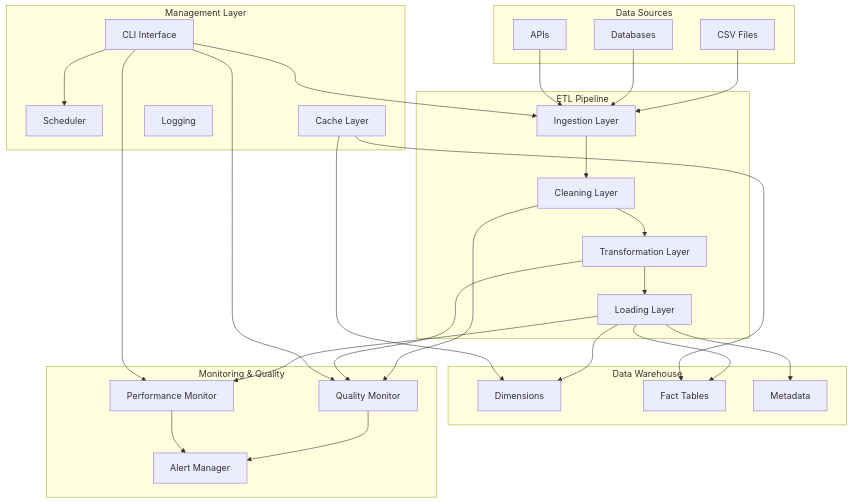
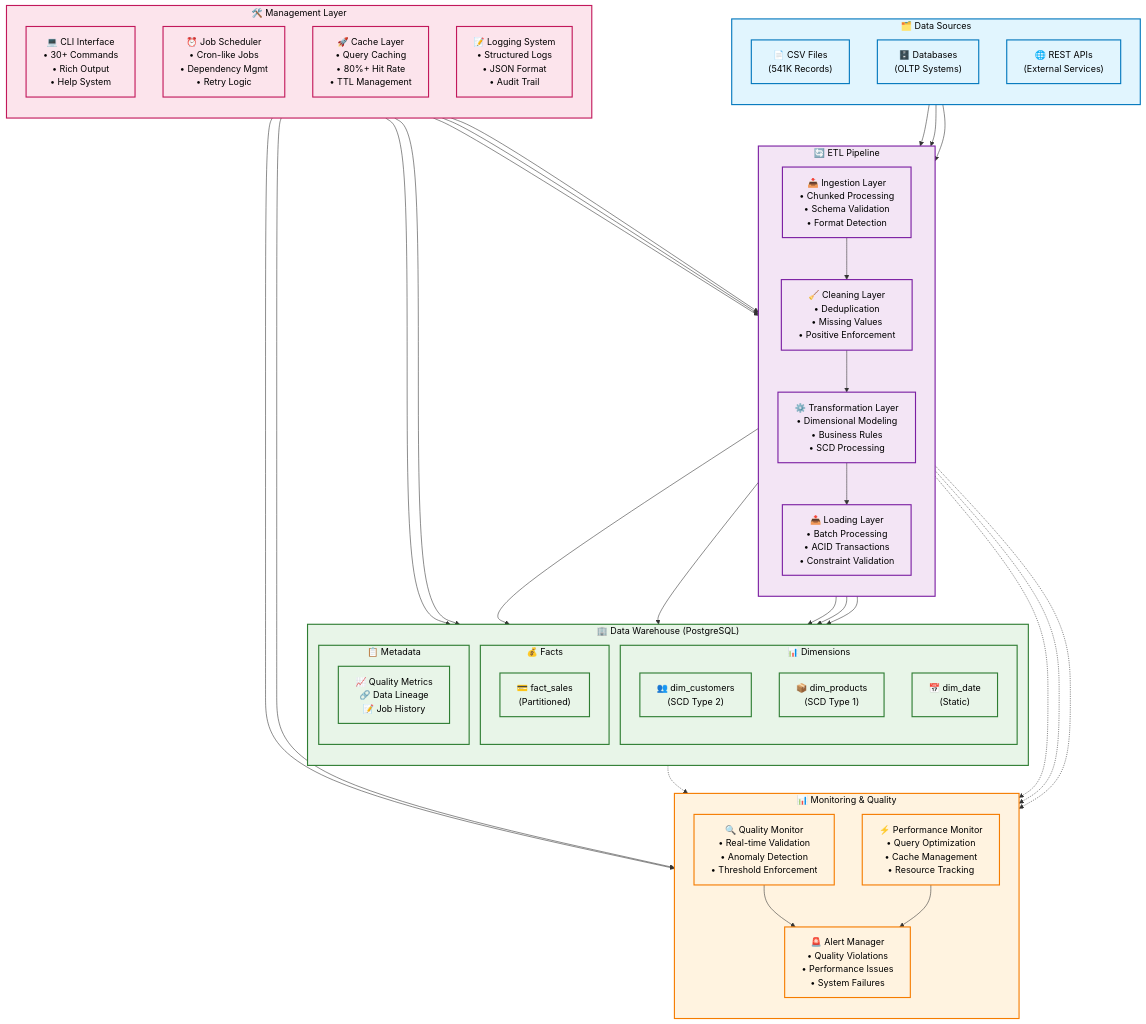
One commit to Saramoussa21/online-retail-sales changed the first of 4 diagrams in app/docs/etl_pipeline.md. Above: the diagram before and after it, drawn with Mermaid. The commit also changed other lines of this file and 2 other files, not shown here.

````diff
--- a/app/docs/etl_pipeline.md
+++ b/app/docs/etl_pipeline.md
@@ -17,61 +19,96 @@
 ```mermaid
-graph TB
-    subgraph "Data Sources"
-        CSV[CSV Files]
-        DB[Databases]
-        API[APIs]
+flowchart TD
+    %% Data Sources
+    subgraph DS ["🗂️ Data Sources"]
+        direction TB
+        CSV["📄 CSV Files<br/>(541K Records)"]
+        DB["🗄️ Databases<br/>(OLTP Systems)"]
+        API["🌐 REST APIs<br/>(External Services)"]
     end
-    
-    subgraph "ETL Pipeline"
-        ING[Ingestion Layer]
-        CLN[Cleaning Layer]
-        TRF[Transformation Layer]
-        LOD[Loading Layer]
+
+    %% ETL Pipeline
+    subgraph ETL ["🔄 ETL Pipeline"]
+        direction TB
+        ING["📥 Ingestion Layer<br/>• Chunked Processing<br/>• Schema Validation<br/>• Format Detection"]
+        CLN["🧹 Cleaning Layer<br/>• Deduplication<br/>• Missing Values<br/>• Positive Enforcement"]
+        TRF["⚙️ Transformation Layer<br/>• Dimensional Modeling<br/>• Business Rules<br/>• SCD Processing"]
+        LOD["📤 Loading Layer<br/>• Batch Processing<br/>• ACID Transactions<br/>• Constraint Validation"]
     end
-    
-    subgraph "Data Warehouse"
-        DIM[Dimensions]
-        FACT[Fact Tables]
-        META[Metadata]
+
+    %% Data Warehouse
+    subgraph DW ["🏢 Data Warehouse (PostgreSQL)"]
+        direction TB
+        subgraph DIMS ["📊 Dimensions"]
+            DCUST["👥 dim_customers<br/>(SCD Type 2)"]
+            DPROD["📦 dim_products<br/>(SCD Type 1)"]
+            DDATE["📅 dim_date<br/>(Static)"]
+        end
+        subgraph FACTS ["💰 Facts"]
+            FSALES["💳 fact_sales<br/>(Partitioned)"]
+        end
+        subgraph MDATA ["📋 Metadata"]
+            META["📈 Quality Metrics<br/>🔗 Data Lineage<br/>📝 Job History"]
+        end
     end
-    
-    subgraph "Monitoring & Quality"
-        QM[Quality Monitor]
-        PM[Performance Monitor]
-        AL[Alert Manager]
+
+    %% Monitoring & Quality
+    subgraph MQ ["📊 Monitoring & Quality"]
+        direction TB
+        QM["🔍 Quality Monitor<br/>• Real-time Validation<br/>• Anomaly Detection<br/>• Threshold Enforcement"]
+        PM["⚡ Performance Monitor<br/>• Query Optimization<br/>• Cache Management<br/>• Resource Tracking"]
+        AL["🚨 Alert Manager<br/>• Quality Violations<br/>• Performance Issues<br/>• System Failures"]
     end
-    
-    subgraph "Management Layer"
-        CLI[CLI Interface]
-        SCHED[Scheduler]
-        CACHE[Cache Layer]
-        LOG[Logging]
+
+    %% Management Layer
+    subgraph ML ["🛠️ Management Layer"]
+        direction TB
+        CLI["💻 CLI Interface<br/>• 30+ Commands<br/>• Rich Output<br/>• Help System"]
+        SCHED["⏰ Job Scheduler<br/>• Cron-like Jobs<br/>• Dependency Mgmt<br/>• Retry Logic"]
+        CACHE["🚀 Cache Layer<br/>• Query Caching<br/>• 80%+ Hit Rate<br/>• TTL Management"]
+        LOG["📝 Logging System<br/>• Structured Logs<br/>• JSON Format<br/>• Audit Trail"]
     end
-    
+
+    %% Connections
     CSV --> ING
     DB --> ING
     API --> ING
-    
+
     ING --> CLN
     CLN --> TRF
     TRF --> LOD
-    
-    LOD --> DIM
-    LOD --> FACT
+
+    LOD --> DCUST
+    LOD --> DPROD
+    LOD --> DDATE
+    LOD --> FSALES
     LOD --> META
-    
-    CLN --> QM
-    TRF --> QM
-    LOD --> PM
-    
+
+    CLN -.-> QM
+    TRF -.-> QM
+    LOD -.-> PM
+    FSALES -.-> PM
+
     QM --> AL
     PM --> AL
-    
-    CLI --> ING
-    CLI --> QM
-    CLI --> PM
-    CLI --> SCHED
-    
-    CACHE --> DIM
-    CACHE --> FACT
+
+    CLI --> ETL
+    CLI --> MQ
+    CLI --> DW
+    SCHED --> ETL
+    CACHE --> DW
+    LOG --> ETL
+    LOG --> MQ
+
+    %% Styling
+    classDef sourceStyle fill:#e1f5fe,stroke:#0277bd,stroke-width:2px,color:#000
+    classDef etlStyle fill:#f3e5f5,stroke:#7b1fa2,stroke-width:2px,color:#000
+    classDef warehouseStyle fill:#e8f5e8,stroke:#2e7d32,stroke-width:2px,color:#000
+    classDef monitorStyle fill:#fff3e0,stroke:#f57c00,stroke-width:2px,color:#000
+    classDef mgmtStyle fill:#fce4ec,stroke:#c2185b,stroke-width:2px,color:#000
+
+    class DS,CSV,DB,API sourceStyle
+    class ETL,ING,CLN,TRF,LOD etlStyle
+    class DW,DIMS,FACTS,MDATA,DCUST,DPROD,DDATE,FSALES,META warehouseStyle
+    class MQ,QM,PM,AL monitorStyle
+    class ML,CLI,SCHED,CACHE,LOG mgmtStyle
 ```
````
